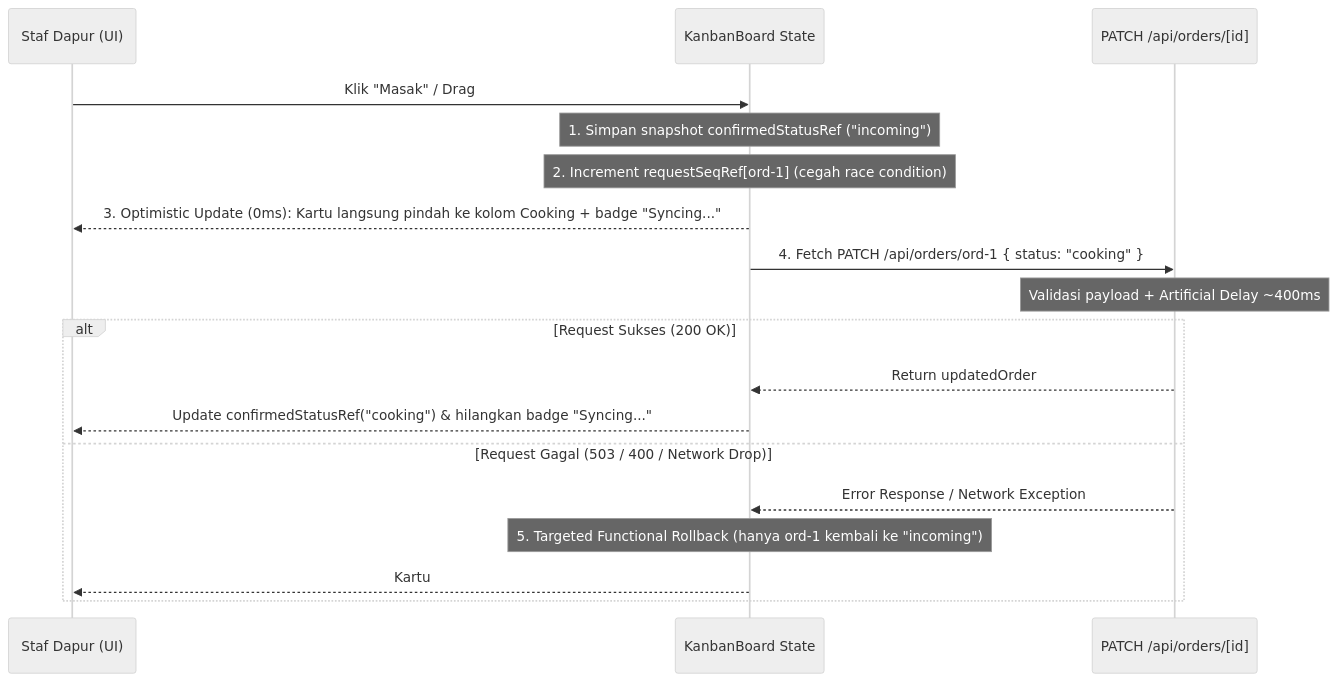
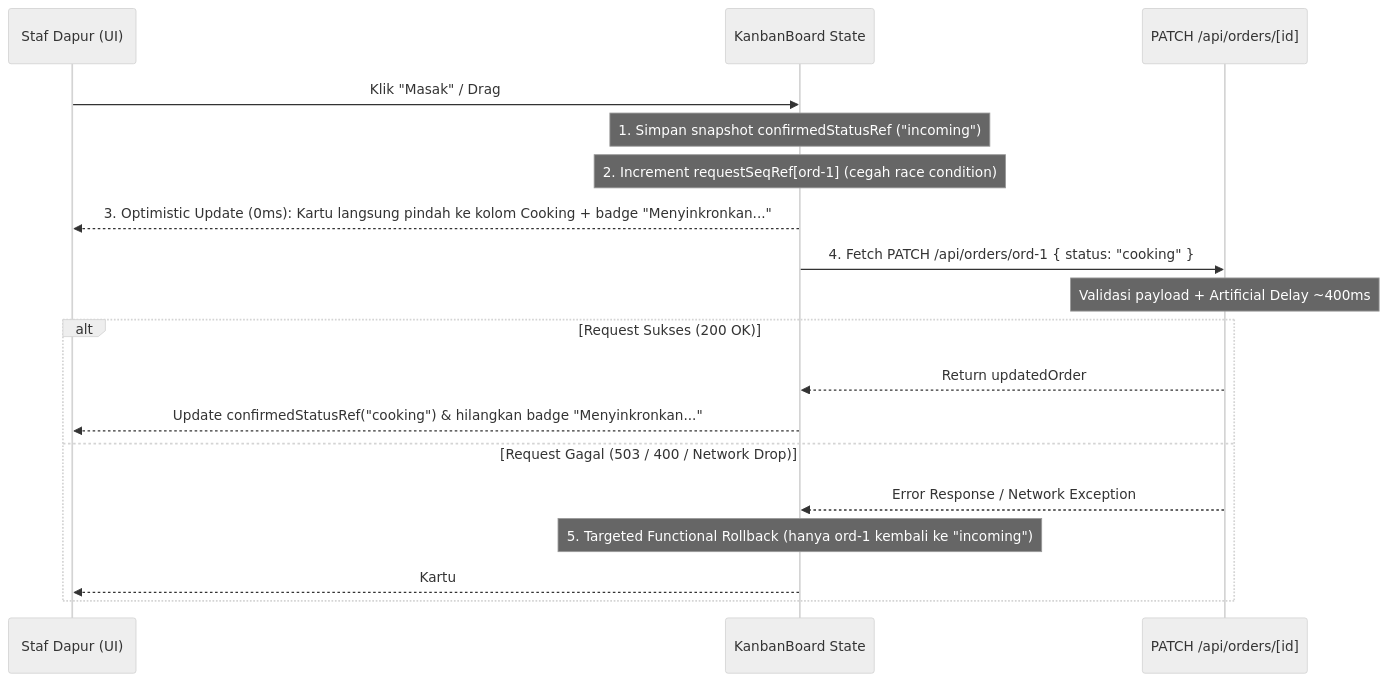
Before and after one commit to Farstywn/PPARealTimeKitchenDisplaySystem: the third of 3 diagrams in README.md, drawn with Mermaid (neutral theme). The commit also changed other lines of this file, not shown here.

Commit message:
Menambahkan flowchart global arsitektur, alur operasional KDS, dan panduan penggunaan pada README.md

````diff
--- a/README.md
+++ b/README.md
@@ -108,21 +246,21 @@
 ```mermaid
 sequenceDiagram
     participant Staff as Staf Dapur (UI)
     participant Board as KanbanBoard State
     participant API as PATCH /api/orders/[id]
 
     Staff->>Board: Klik "Masak" / Drag #ORD-101 (Incoming -> Cooking)
     Note over Board: 1. Simpan snapshot confirmedStatusRef ("incoming")
     Note over Board: 2. Increment requestSeqRef[ord-1] (cegah race condition)
-    Board-->>Staff: 3. Optimistic Update (0ms): Kartu langsung pindah ke kolom Cooking + badge "Syncing..."
+    Board-->>Staff: 3. Optimistic Update (0ms): Kartu langsung pindah ke kolom Cooking + badge "Menyinkronkan..."
     Board->>API: 4. Fetch PATCH /api/orders/ord-1 { status: "cooking" }
     Note over API: Validasi payload + Artificial Delay ~400ms
     alt Request Sukses (200 OK)
         API-->>Board: Return updatedOrder
-        Board-->>Staff: Update confirmedStatusRef("cooking") & hilangkan badge "Syncing..."
+        Board-->>Staff: Update confirmedStatusRef("cooking") & hilangkan badge "Menyinkronkan..."
     else Request Gagal (503 / 400 / Network Drop)
         API-->>Board: Error Response / Network Exception
         Note over Board: 5. Targeted Functional Rollback (hanya ord-1 kembali ke "incoming")
         Board-->>Staff: Kartu #ORD-101 kembali ke Incoming + Tampilkan Toast Alert Error
     end
 ```
````
